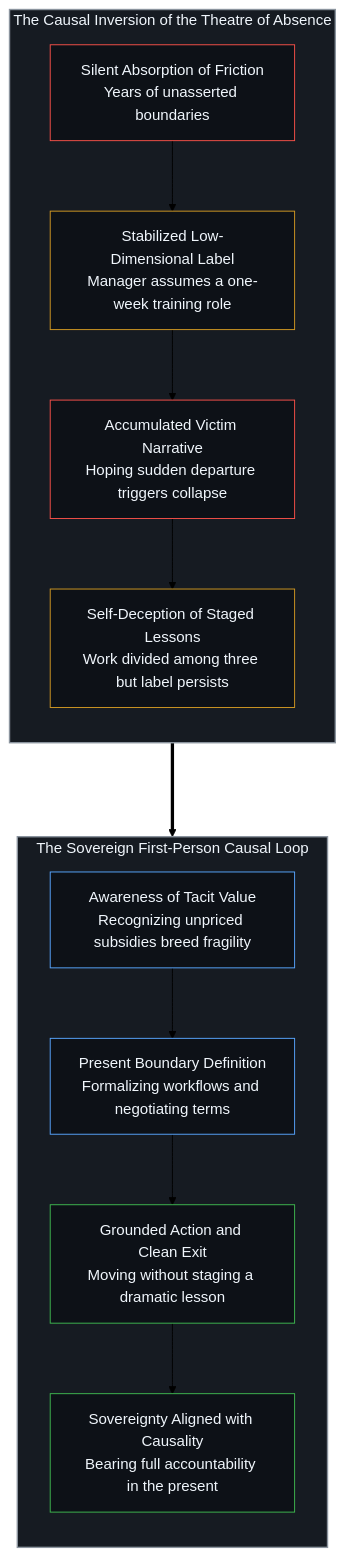
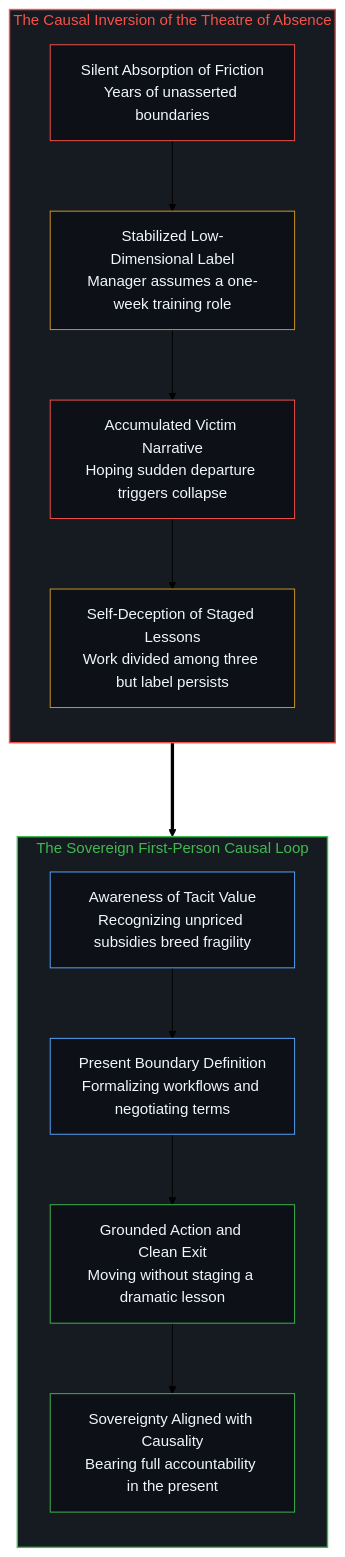
Before and after one commit to powerpig99/not-a-toe: the second of 2 diagrams in content/posts/the-receptionist-parable-and-the-causal-inversion-of-absence.md, drawn with Mermaid (forest theme). The commit also changed other lines of this file and 4 other files, not shown here.

Commit message:
Refine Post #344: Remove Mermaid class box, sharpen valuation mirror and action cuts

````diff
--- a/content/posts/the-receptionist-parable-and-the-causal-inversion-of-absence.md
+++ b/content/posts/the-receptionist-parable-and-the-causal-inversion-of-absence.md
@@ -61,31 +59,29 @@
 ```mermaid
 graph TD
-    classDef default fill:#0d1117,stroke:#30363d,stroke-width:1px,color:#c9d1d9;
-    classDef canvas fill:#161b22,stroke:#8b949e,stroke-width:1.5px,color:#f0f6fc;
-    classDef invNode fill:#0d1117,stroke:#f85149,stroke-width:1px,color:#f0f6fc;
-    classDef scafNode fill:#0d1117,stroke:#d29922,stroke-width:1px,color:#f0f6fc;
-    classDef sigNode fill:#0d1117,stroke:#58a6ff,stroke-width:1px,color:#f0f6fc;
-    classDef sovNode fill:#0d1117,stroke:#3fb950,stroke-width:1px,color:#f0f6fc;
-
     subgraph S_Fantasy ["The Causal Inversion of the Theatre of Absence"]
         direction TB
         F1["Silent Absorption of Friction<br/>Years of unasserted boundaries"] --> F2["Stabilized Low-Dimensional Label<br/>Manager assumes a one-week training role"]
         F2 --> F3["Accumulated Victim Narrative<br/>Hoping sudden departure triggers collapse"]
         F3 --> F4["Self-Deception of Staged Lessons<br/>Work divided among three but label persists"]
     end
 
     S_Fantasy ===> S_Sovereign
 
     subgraph S_Sovereign ["The Sovereign First-Person Causal Loop"]
         direction TB
         R1["Awareness of Tacit Value<br/>Recognizing unpriced subsidies breed fragility"] --> R2["Present Boundary Definition<br/>Formalizing workflows and negotiating terms"]
         R2 --> R3["Grounded Action and Clean Exit<br/>Moving without staging a dramatic lesson"]
         R3 --> R4["Sovereignty Aligned with Causality<br/>Bearing full accountability in the present"]
     end
 
-    class S_Fantasy,S_Sovereign canvas;
-    class F1,F3 invNode;
-    class F2,F4 scafNode;
-    class R1,R2 sigNode;
-    class R3,R4 sovNode;
+    style S_Fantasy fill:#161b22,stroke:#f85149,stroke-width:1.5px,color:#f85149
+    style S_Sovereign fill:#161b22,stroke:#3fb950,stroke-width:1.5px,color:#3fb950
+    style F1 fill:#0d1117,stroke:#f85149,stroke-width:1px,color:#f0f6fc
+    style F2 fill:#0d1117,stroke:#d29922,stroke-width:1px,color:#f0f6fc
+    style F3 fill:#0d1117,stroke:#f85149,stroke-width:1px,color:#f0f6fc
+    style F4 fill:#0d1117,stroke:#d29922,stroke-width:1px,color:#f0f6fc
+    style R1 fill:#0d1117,stroke:#58a6ff,stroke-width:1px,color:#f0f6fc
+    style R2 fill:#0d1117,stroke:#58a6ff,stroke-width:1px,color:#f0f6fc
+    style R3 fill:#0d1117,stroke:#3fb950,stroke-width:1px,color:#f0f6fc
+    style R4 fill:#0d1117,stroke:#3fb950,stroke-width:1px,color:#f0f6fc
 ```
````
